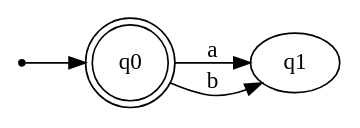
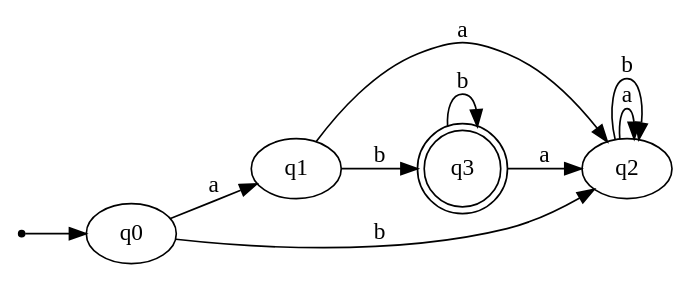
Before and after one commit to eabalestra/nondeterministic-finite-automaton: the diagram in example-automatons/automata_dfa.dot, drawn with Graphviz. The commit also changed 7 other files, not shown here.

```diff
--- a/example-automatons/automata_dfa.dot
+++ b/example-automatons/automata_dfa.dot
@@ -1,14 +1,24 @@
 digraph{
     rankdir=LR;
     inic[shape=point];
 
     inic->q0;
 
     q0->q1 [label="a"];
-    q0->q1 [label="b"];
+    q0->q2 [label="b"];
+    q1->q2 [label="a"];
+    q1->q3 [label="b"];
+    q2->q2 [label="a"];
+    q2->q2 [label="b"];
+    q3->q2 [label="a"];
+    q3->q3 [label="b"];
 
-    q0[shape=doublecircle];
+    q3[shape=doublecircle];
 }
 //State q0: {0}
 
 //State q1: {1}
+
+//State q2: {2}
+
+//State q3: {3}
```
